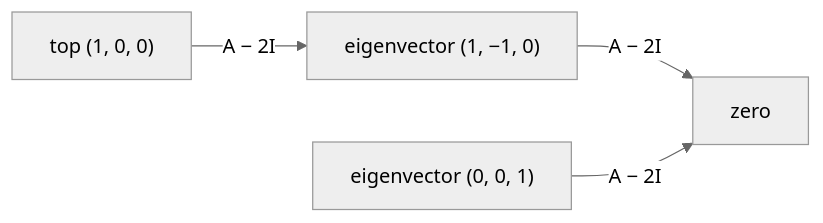
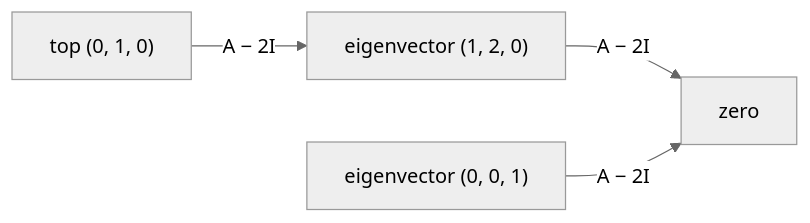
Before and after one commit to wappy-x/Mathematics: the diagram in Cards/03-Algebra/07-Eigenvalues and Symmetric Matrices/10-jordan-canonical-form.md, drawn with Mermaid (neutral theme). The commit also changed other lines of this file and 26 other files, not shown here.

````diff
--- a/Cards/03-Algebra/07-Eigenvalues and Symmetric Matrices/10-jordan-canonical-form.md
+++ b/Cards/03-Algebra/07-Eigenvalues and Symmetric Matrices/10-jordan-canonical-form.md
@@ -21,6 +23,6 @@
 ```mermaid
 flowchart LR
-    T["top (1, 0, 0)"] -->|"A − 2I"| L["eigenvector (1, −1, 0)"]
+    T["top (0, 1, 0)"] -->|"A − 2I"| L["eigenvector (1, 2, 0)"]
     L -->|"A − 2I"| Z["zero"]
     E["eigenvector (0, 0, 1)"] -->|"A − 2I"| Z
 ```
````
